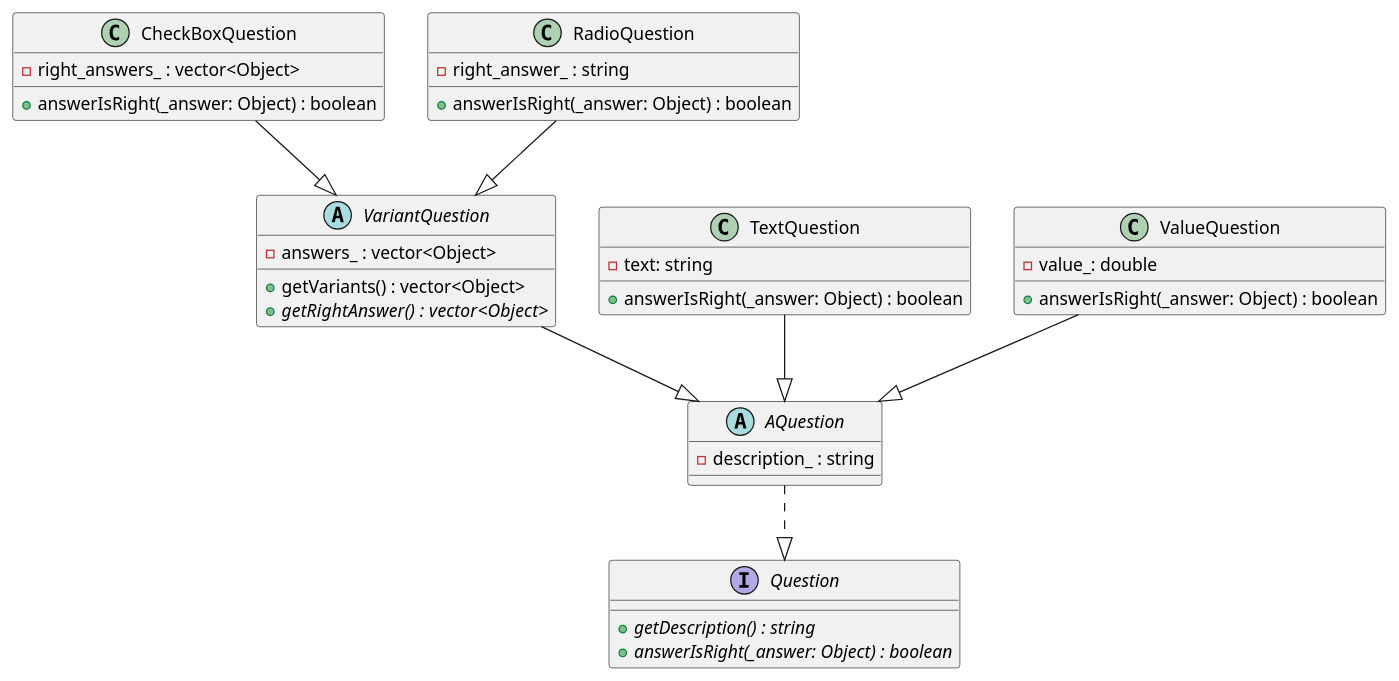
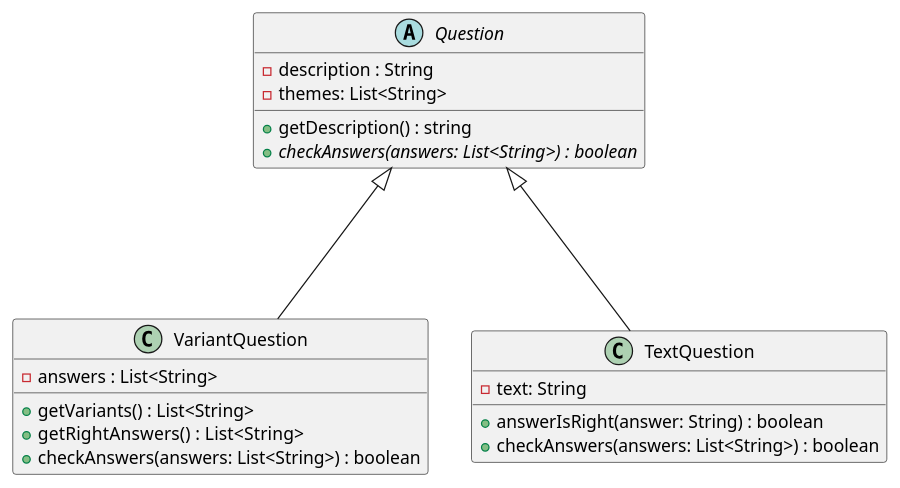
One commit to earring/testgenerator changed the diagram in diags/questions.puml. Above: the diagram before and after it, drawn with PlantUML. The commit also changed 2 other files, not shown here.

```diff
--- a/diags/questions.puml
+++ b/diags/questions.puml
@@ -1,44 +1,27 @@
 @startuml
-interface Question{
-+{abstract}getDescription() : string
-+{abstract}answerIsRight(_answer: Object) : boolean
+abstract Question{
+    -description : String
+    -themes: List<String>
+    +getDescription() : string
+    +{abstract}checkAnswers(answers: List<String>) : boolean
+}
+
+class VariantQuestion{
+    -answers : List<String>
+    +getVariants() : List<String>
+    +getRightAnswers() :  List<String>
+    +checkAnswers(answers: List<String>) : boolean
+}
+
+class TextQuestion{
+    -text: String
+    +answerIsRight(answer: String) : boolean
+    +checkAnswers(answers: List<String>) : boolean
 }
 
 
-abstract AQuestion{
--description_ : string
-}
+VariantQuestion -up--|> Question
+TextQuestion -up--|> Question
 
-abstract VariantQuestion{
--answers_ : vector<Object>
-+getVariants() : vector<Object>
-+{abstract}getRightAnswer() :  vector<Object>
-}
-
-class CheckBoxQuestion{
--right_answers_ : vector<Object>
-+answerIsRight(_answer: Object) : boolean
-}
-
-class RadioQuestion{
--right_answer_ : string
-+answerIsRight(_answer: Object) : boolean
-}
-
-class TextQuestion{
--text: string
-+answerIsRight(_answer: Object) : boolean
-}
-class ValueQuestion{
--value_: double
-+answerIsRight(_answer: Object) : boolean
-}
-
-AQuestion ..|> Question
-VariantQuestion --|> AQuestion
-CheckBoxQuestion --|> VariantQuestion
-RadioQuestion --|> VariantQuestion
-TextQuestion --|> AQuestion
-ValueQuestion --|> AQuestion
 
 @enduml
```
